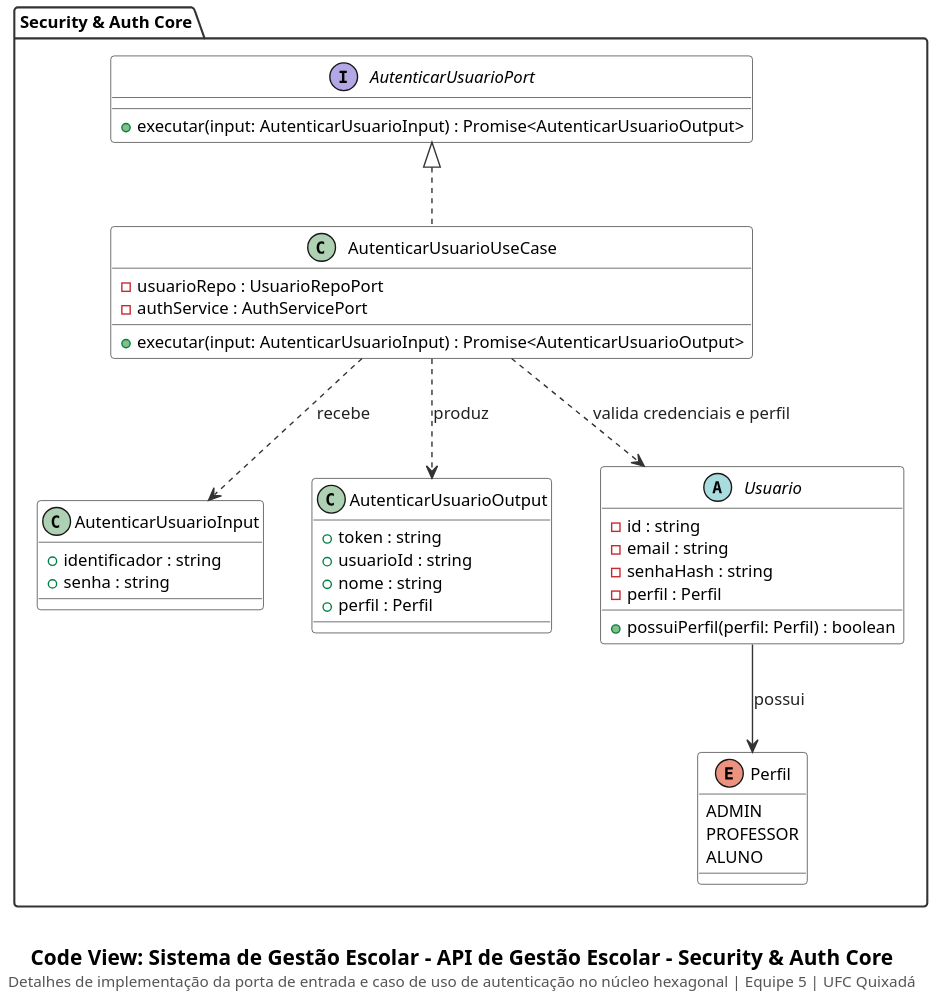
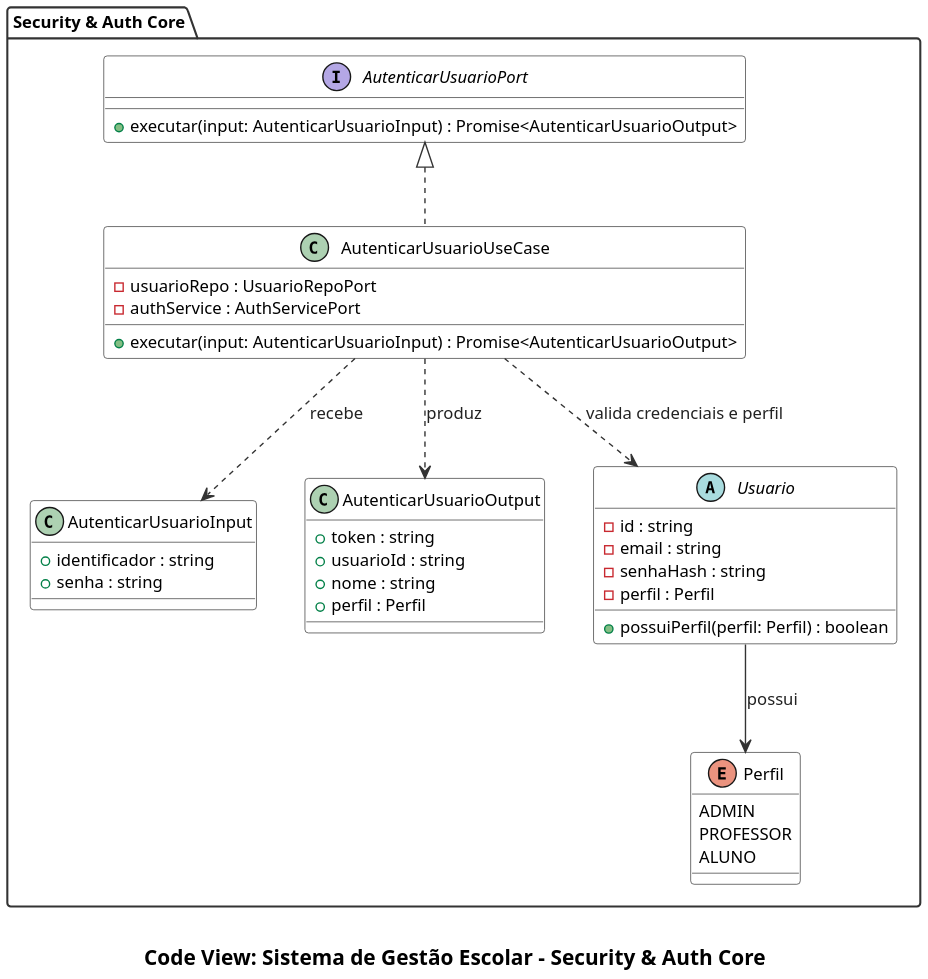
One commit to cicerocarnauba/sistema-gestao-escolar changed the diagram in docs/code/security-auth-core.puml. Above: the diagram before and after it, drawn with PlantUML. The commit also changed 16 other files, not shown here.

Commit message:
docs: limpa legendas/timestamp dos diagramas C4 e atualiza README

```diff
--- a/docs/code/security-auth-core.puml
+++ b/docs/code/security-auth-core.puml
@@ -1,65 +1,65 @@
 @startuml
 set separator none
 top to bottom direction
 skinparam backgroundColor #FFFFFF
 skinparam shadowing false
 skinparam dpi 180
 skinparam defaultFontName "SansSerif"
 skinparam defaultFontSize 12
 skinparam packageStyle folder
 skinparam packageBackgroundColor #FFFFFF
 skinparam packageBorderColor #333333
 skinparam packageFontStyle bold
 skinparam classBackgroundColor #FFFFFF
 skinparam classHeaderBackgroundColor #FFFFFF
 skinparam classBorderColor #333333
 skinparam arrowColor #333333
 skinparam arrowFontColor #222222
 skinparam noteBackgroundColor #FAFAFA
 skinparam noteBorderColor #666666
 
 package "Security & Auth Core" as pkg_security_auth_core {
     interface AutenticarUsuarioPort {
         + executar(input: AutenticarUsuarioInput) : Promise<AutenticarUsuarioOutput>
     }
 
     class AutenticarUsuarioUseCase implements AutenticarUsuarioPort {
         - usuarioRepo : UsuarioRepoPort
         - authService : AuthServicePort
         + executar(input: AutenticarUsuarioInput) : Promise<AutenticarUsuarioOutput>
     }
 
     class AutenticarUsuarioInput {
         + identificador : string
         + senha : string
     }
 
     class AutenticarUsuarioOutput {
         + token : string
         + usuarioId : string
         + nome : string
         + perfil : Perfil
     }
 
     abstract class Usuario {
         - id : string
         - email : string
         - senhaHash : string
         - perfil : Perfil
         + possuiPerfil(perfil: Perfil) : boolean
     }
 
     enum Perfil {
         ADMIN
         PROFESSOR
         ALUNO
     }
 
     AutenticarUsuarioUseCase ..> AutenticarUsuarioInput : recebe
     AutenticarUsuarioUseCase ..> AutenticarUsuarioOutput : produz
     AutenticarUsuarioUseCase ..> Usuario : valida credenciais e perfil
     Usuario --> Perfil : possui
 }
 
-caption \n<size:15><b>Code View: Sistema de Gestão Escolar - API de Gestão Escolar - Security & Auth Core</b></size>\n<size:11><color:#555555>Detalhes de implementação da porta de entrada e caso de uso de autenticação no núcleo hexagonal | Equipe 5 | UFC Quixadá</color></size>
+caption \n<size:15><b>Code View: Sistema de Gestão Escolar - Security & Auth Core</b></size>
 @enduml
```
